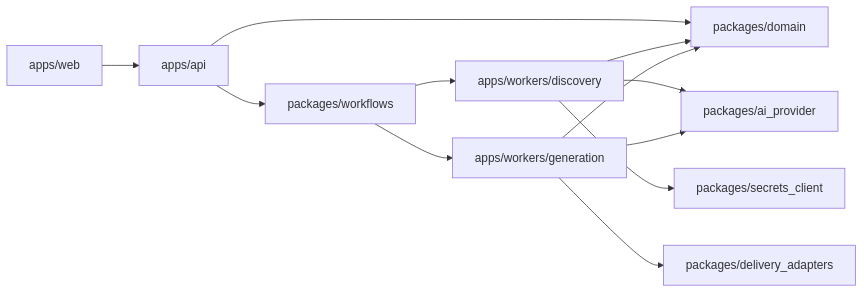
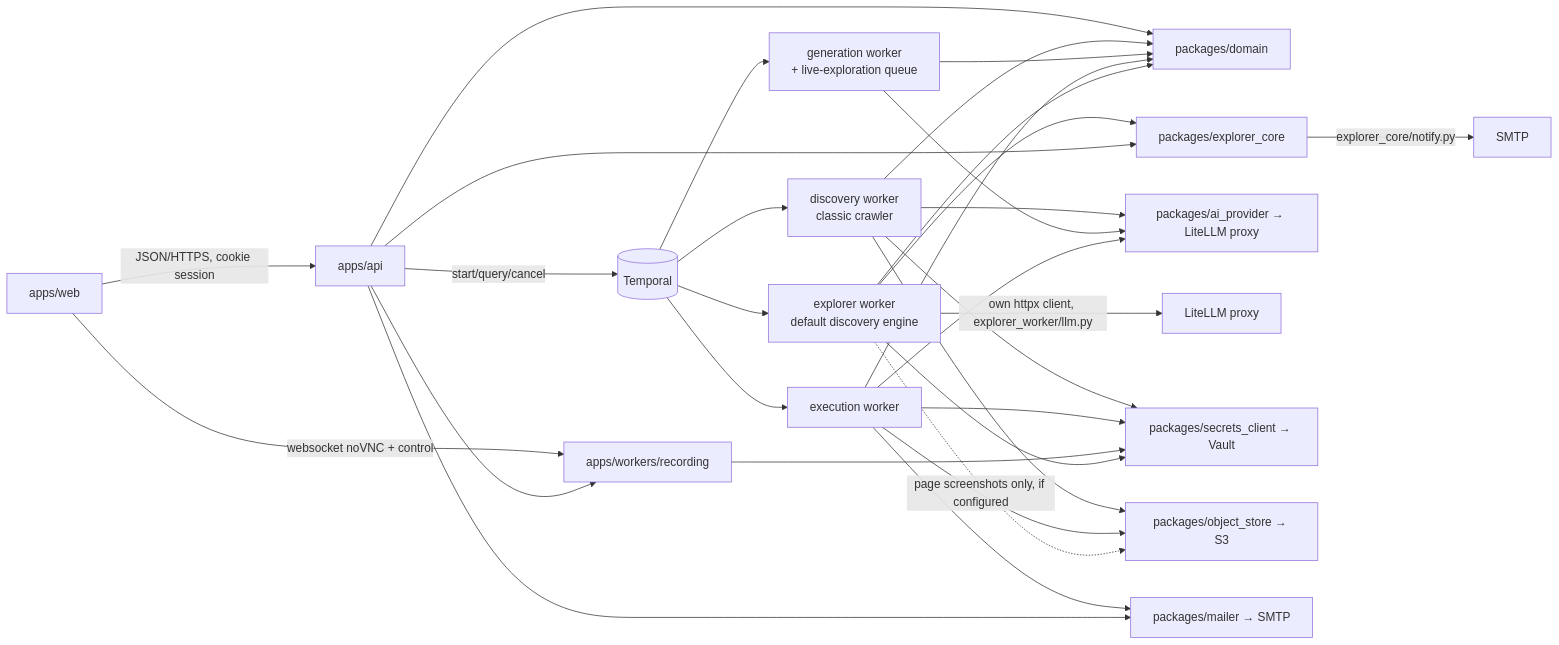
The first of 3 diagrams in _bmad-output/planning-artifacts/architecture/architecture-AITestGen-2026-07-13/ARCHITECTURE-SPINE.md (wm-ps/AITESTGEN), drawn with Mermaid before and after one commit. The commit also changed other lines of this file and 82 other files, not shown here.

````diff
--- a/_bmad-output/planning-artifacts/architecture/architecture-AITestGen-2026-07-13/ARCHITECTURE-SPINE.md
+++ b/_bmad-output/planning-artifacts/architecture/architecture-AITestGen-2026-07-13/ARCHITECTURE-SPINE.md
@@ -38,14 +40,24 @@
 ```mermaid
 flowchart LR
-    web[apps/web] --> api[apps/api]
+    web[apps/web] -->|JSON/HTTPS, cookie session| api[apps/api]
+    web -->|websocket noVNC + control| rec[apps/workers/recording]
     api --> domain[packages/domain]
-    api --> workflows[packages/workflows]
-    workflows --> workersDisc[apps/workers/discovery]
-    workflows --> workersGen[apps/workers/generation]
-    workersDisc --> aiPort[packages/ai_provider]
-    workersGen --> aiPort
-    workersGen --> deliveryPort[packages/delivery_adapters]
-    workersDisc --> secretsPort[packages/secrets_client]
-    workersDisc --> domain
-    workersGen --> domain
+    api -->|start/query/cancel| temporal[(Temporal)]
+    api --> rec
+    temporal --> expl[explorer worker<br/>default discovery engine]
+    temporal --> disc[discovery worker<br/>classic crawler]
+    temporal --> gen[generation worker<br/>+ live-exploration queue]
+    temporal --> exe[execution worker]
+    disc & gen & exe --> domain
+    expl --> domain
+    expl --> ecore[packages/explorer_core]
+    api --> ecore
+    disc & gen & exe --> ai[packages/ai_provider → LiteLLM proxy]
+    expl -->|own httpx client, explorer_worker/llm.py| litellm[LiteLLM proxy]
+    disc & exe & rec & expl --> secrets[packages/secrets_client → Vault]
+    disc & exe --> s3[packages/object_store → S3]
+    expl -.->|page screenshots only, if configured| s3
+    exe --> mail[packages/mailer → SMTP]
+    api --> mail
+    ecore -->|explorer_core/notify.py| smtp[SMTP]
 ```
````
